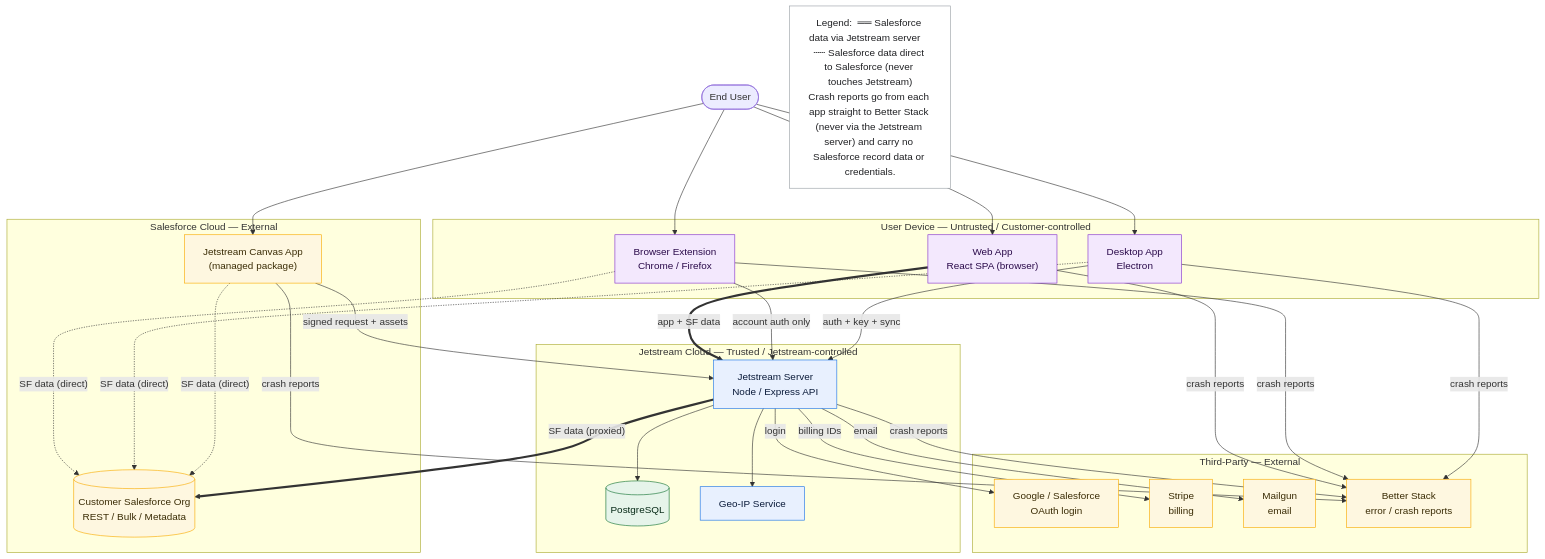
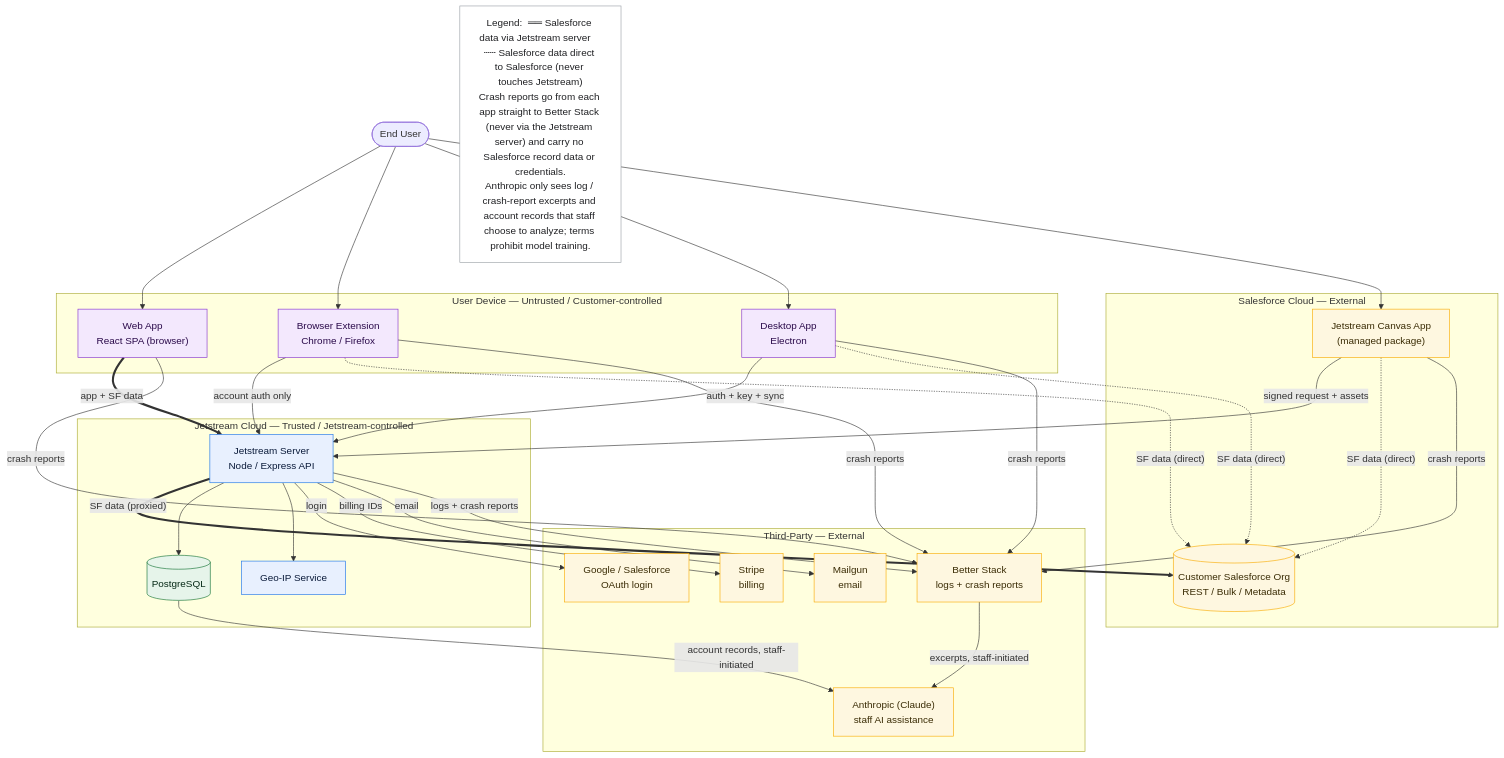
The diagram in docs/security/data-flow-diagrams/00-system-context.mmd (jetstreamapp/jetstream), drawn with Mermaid before and after one commit. The commit also changed 8 other files, not shown here.

```diff
--- a/docs/security/data-flow-diagrams/00-system-context.mmd
+++ b/docs/security/data-flow-diagrams/00-system-context.mmd
@@ -1,67 +1,71 @@
 flowchart TB
   user([End User])
 
   subgraph device["User Device — Untrusted / Customer-controlled"]
     web["Web App<br/>React SPA (browser)"]
     ext["Browser Extension<br/>Chrome / Firefox"]
     desk["Desktop App<br/>Electron"]
   end
 
   subgraph jetcloud["Jetstream Cloud — Trusted / Jetstream-controlled"]
     api["Jetstream Server<br/>Node / Express API"]
     db[("PostgreSQL")]
     geo["Geo-IP Service"]
   end
 
   subgraph sfcloud["Salesforce Cloud — External"]
     canvas["Jetstream Canvas App<br/>(managed package)"]
     sfapi[("Customer Salesforce Org<br/>REST / Bulk / Metadata")]
   end
 
   subgraph third["Third-Party — External"]
     google["Google / Salesforce<br/>OAuth login"]
     stripe["Stripe<br/>billing"]
     mailgun["Mailgun<br/>email"]
-    errors["Better Stack<br/>error / crash reports"]
+    errors["Better Stack<br/>logs + crash reports"]
+    anthropic["Anthropic (Claude)<br/>staff AI assistance"]
   end
 
   user --> web
   user --> ext
   user --> desk
   user --> canvas
 
   web ==>|"app + SF data"| api
   ext -->|"account auth only"| api
   desk -->|"auth + key + sync"| api
   canvas -->|"signed request + assets"| api
 
   ext -.->|"SF data (direct)"| sfapi
   desk -.->|"SF data (direct)"| sfapi
   canvas -.->|"SF data (direct)"| sfapi
   api ==>|"SF data (proxied)"| sfapi
 
   api --> db
   api --> geo
   api -->|login| google
   api -->|"billing IDs"| stripe
   api -->|email| mailgun
 
   web -->|"crash reports"| errors
   ext -->|"crash reports"| errors
   desk -->|"crash reports"| errors
   canvas -->|"crash reports"| errors
-  api -->|"crash reports"| errors
+  api -->|"logs + crash reports"| errors
 
-  legend["Legend:  ══ Salesforce data via Jetstream server    ┄┄ Salesforce data direct to Salesforce (never touches Jetstream)<br/>Crash reports go from each app straight to Better Stack (never via the Jetstream server) and carry no Salesforce record data or credentials."]
+  errors -->|"excerpts, staff-initiated"| anthropic
+  db -->|"account records, staff-initiated"| anthropic
+
+  legend["Legend:  ══ Salesforce data via Jetstream server    ┄┄ Salesforce data direct to Salesforce (never touches Jetstream)<br/>Crash reports go from each app straight to Better Stack (never via the Jetstream server) and carry no Salesforce record data or credentials.<br/>Anthropic only sees log / crash-report excerpts and account records that staff choose to analyze; terms prohibit model training."]
 
   classDef trusted fill:#e8f0fe,stroke:#1a73e8,color:#0b1b3a
   classDef external fill:#fef7e0,stroke:#f9ab00,color:#3a2c05
   classDef store fill:#e6f4ea,stroke:#137333,color:#062916
   classDef client fill:#f3e8fd,stroke:#8430ce,color:#2a0a4a
   classDef note fill:#ffffff,stroke:#9aa0a6,color:#202124
 
   class api,geo trusted
   class db store
   class web,ext,desk client
-  class sfapi,canvas,google,stripe,mailgun,errors external
+  class sfapi,canvas,google,stripe,mailgun,errors,anthropic external
   class legend note
```
